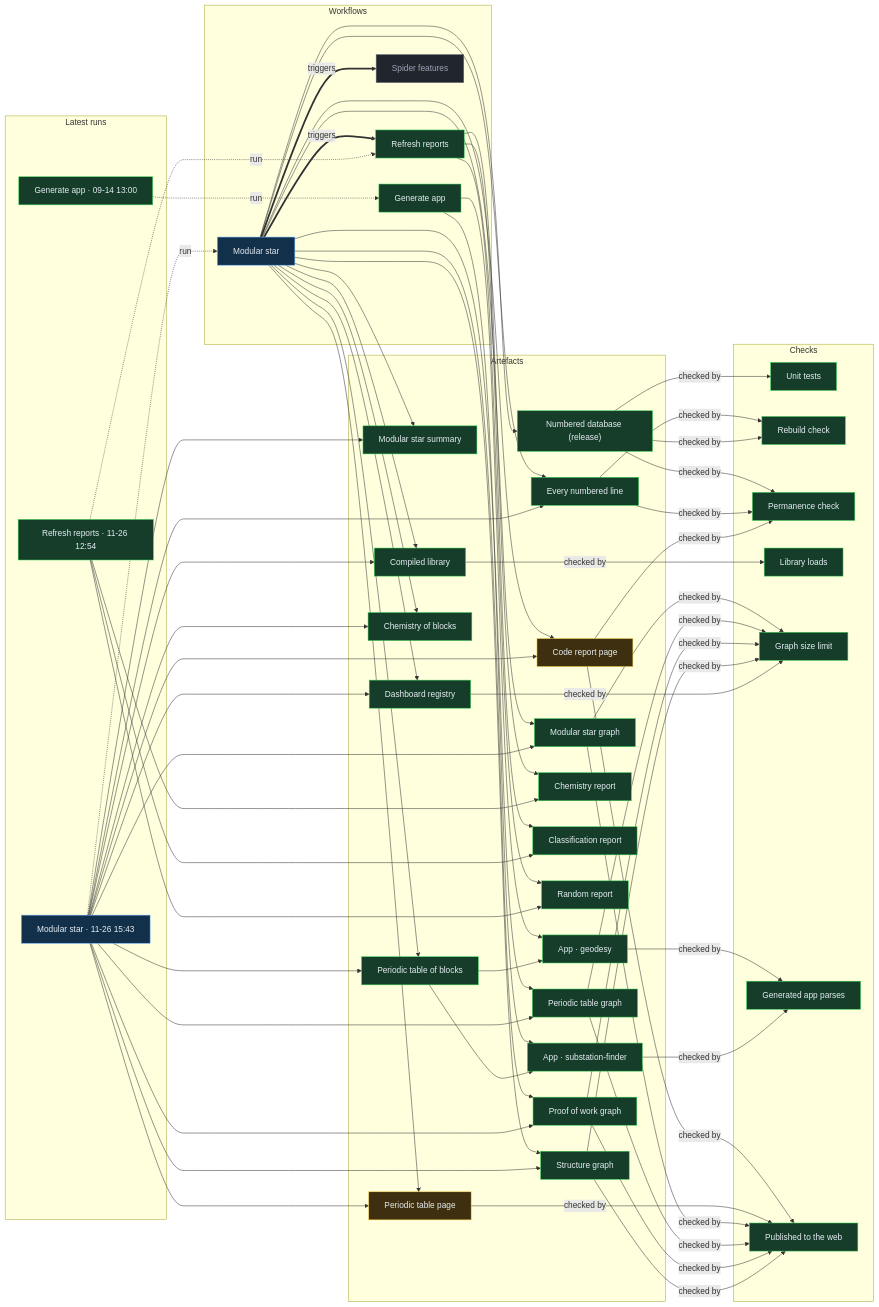
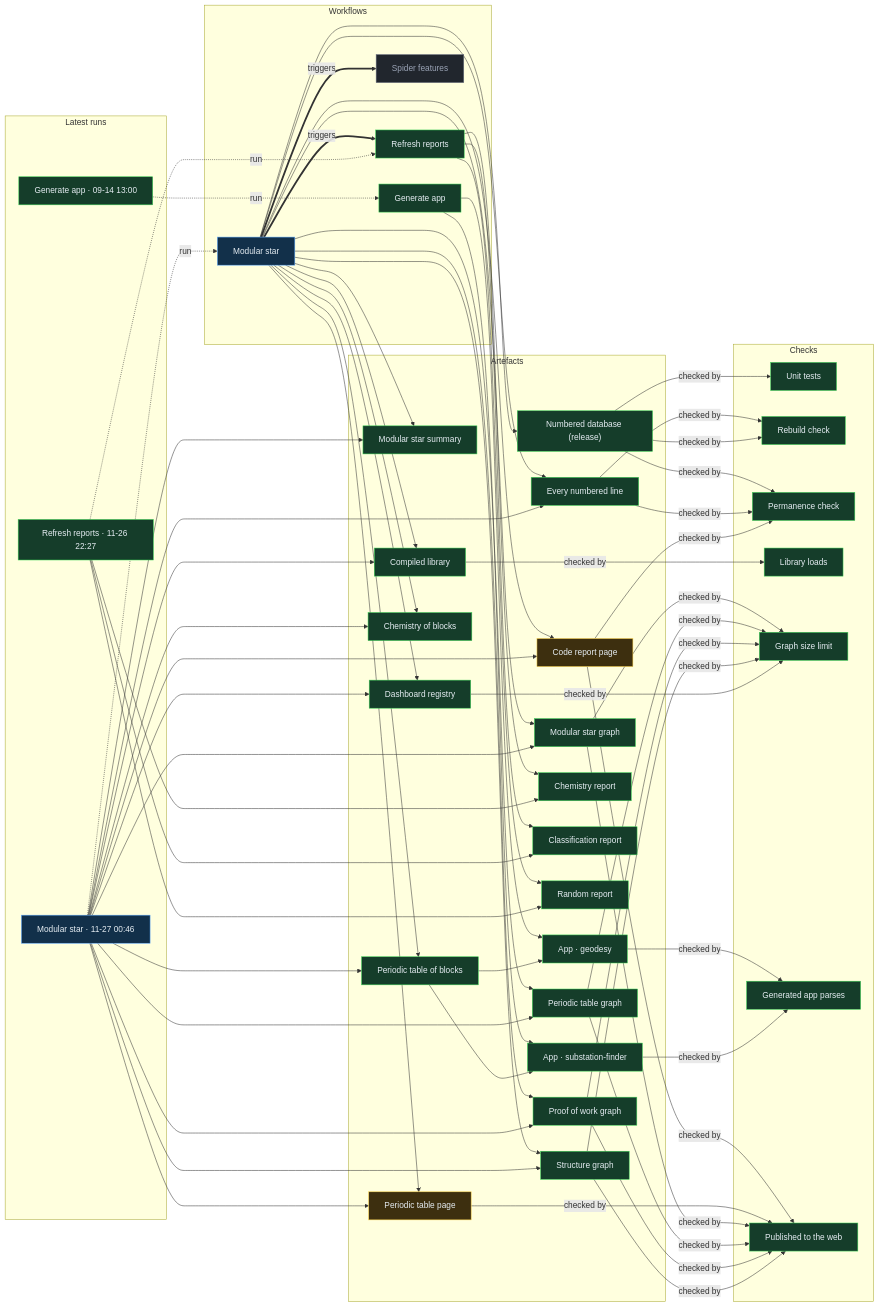
One commit to Ventusltd/stars changed the diagram in proof/PROOF.md. Above: the diagram before and after it, drawn with Mermaid. The commit also changed other lines of this file and 184 other files, not shown here.

Commit message:
Modular star 2026-11-27T00:49Z

```diff
--- a/proof/PROOF.md
+++ b/proof/PROOF.md
@@ -24,8 +24,8 @@
   n_wf_spider_features["Spider features"]:::off
   end
   subgraph g_runs["Latest runs"]
-  n_run_45851887289["Modular star · 11-26 15:43"]:::live
-  n_run_45824096966["Refresh reports · 11-26 12:54"]:::ok
+  n_run_45918691706["Modular star · 11-27 00:46"]:::live
+  n_run_45904910825["Refresh reports · 11-26 22:27"]:::ok
   n_run_34846587798["Generate app · 09-14 13:00"]:::ok
   end
   subgraph g_artefacts["Artefacts"]
@@ -59,39 +59,39 @@
   end
   n_wf_modular_star == triggers ==> n_wf_refresh
   n_wf_modular_star == triggers ==> n_wf_spider_features
-  n_run_45851887289 -. run .-> n_wf_modular_star
-  n_run_45824096966 -. run .-> n_wf_refresh
+  n_run_45918691706 -. run .-> n_wf_modular_star
+  n_run_45904910825 -. run .-> n_wf_refresh
   n_run_34846587798 -. run .-> n_wf_generate
   n_wf_modular_star --> n_art_summary
-  n_run_45851887289 --> n_art_summary
+  n_run_45918691706 --> n_art_summary
   n_wf_modular_star --> n_art_lines
-  n_run_45851887289 --> n_art_lines
+  n_run_45918691706 --> n_art_lines
   n_wf_modular_star --> n_art_code
-  n_run_45851887289 --> n_art_code
+  n_run_45918691706 --> n_art_code
   n_wf_modular_star --> n_art_modular_graph
-  n_run_45851887289 --> n_art_modular_graph
+  n_run_45918691706 --> n_art_modular_graph
   n_wf_modular_star --> n_art_blocks
-  n_run_45851887289 --> n_art_blocks
+  n_run_45918691706 --> n_art_blocks
   n_wf_modular_star --> n_art_table
-  n_run_45851887289 --> n_art_table
+  n_run_45918691706 --> n_art_table
   n_wf_modular_star --> n_art_blocks_graph
-  n_run_45851887289 --> n_art_blocks_graph
+  n_run_45918691706 --> n_art_blocks_graph
   n_wf_modular_star --> n_art_reactions
-  n_run_45851887289 --> n_art_reactions
+  n_run_45918691706 --> n_art_reactions
   n_wf_modular_star --> n_art_library
-  n_run_45851887289 --> n_art_library
+  n_run_45918691706 --> n_art_library
   n_wf_modular_star --> n_art_features
-  n_run_45851887289 --> n_art_features
+  n_run_45918691706 --> n_art_features
   n_wf_modular_star --> n_art_proof
-  n_run_45851887289 --> n_art_proof
+  n_run_45918691706 --> n_art_proof
   n_wf_modular_star --> n_art_structure
-  n_run_45851887289 --> n_art_structure
+  n_run_45918691706 --> n_art_structure
   n_wf_refresh --> n_art_chemistry
-  n_run_45824096966 --> n_art_chemistry
+  n_run_45904910825 --> n_art_chemistry
   n_wf_refresh --> n_art_vedic
-  n_run_45824096966 --> n_art_vedic
+  n_run_45904910825 --> n_art_vedic
   n_wf_refresh --> n_art_random
-  n_run_45824096966 --> n_art_random
+  n_run_45904910825 --> n_art_random
   n_wf_modular_star --> n_art_release
   n_wf_generate --> n_app_geodesy
   n_art_blocks --> n_app_geodesy
```
